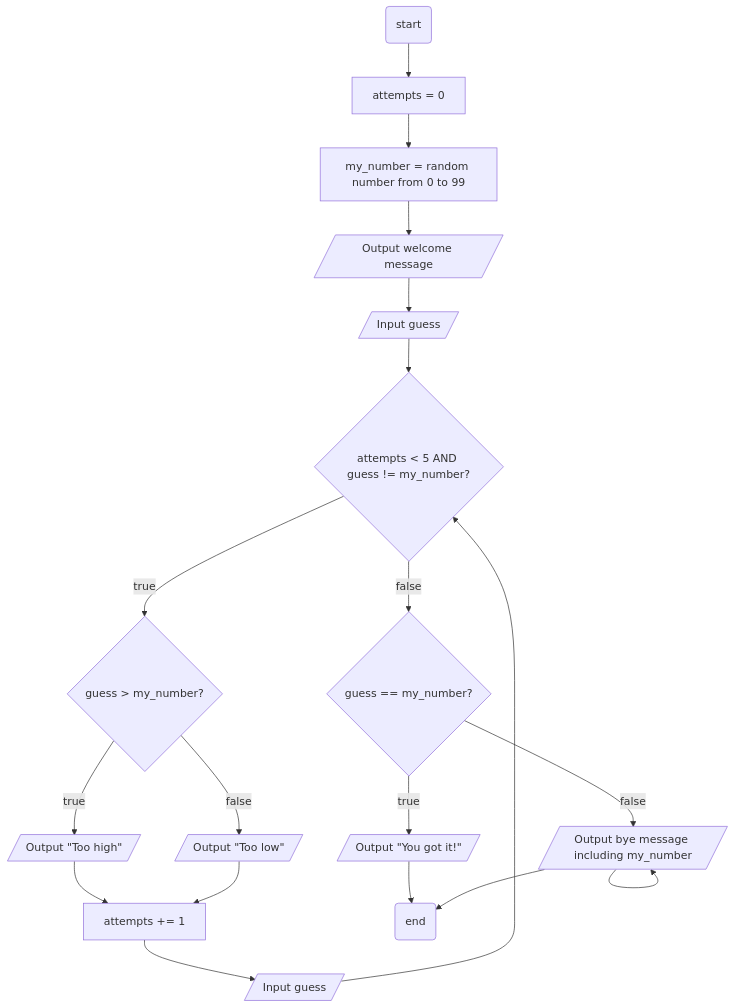
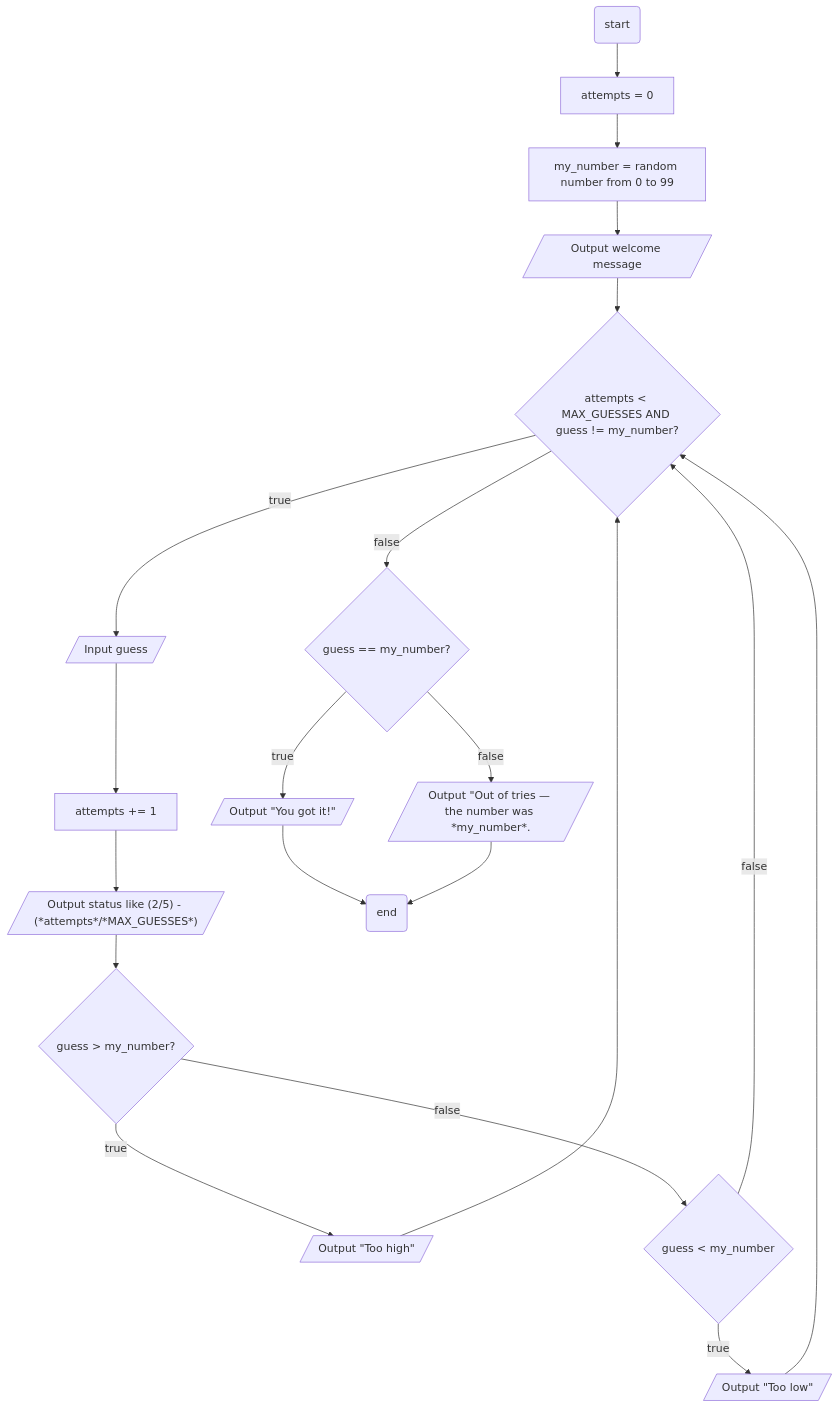
One commit to geko-crooms/programming-concepts-test changed the fourth of 4 diagrams in README.md. Above: the diagram before and after it, drawn with Mermaid.

Commit message:
Revise game flowchart in README.md
Updated flowchart to include MAX_GUESSES and output status during attempts.

````diff
--- a/README.md
+++ b/README.md
@@ -68,8 +68,9 @@
 ```mermaid
 flowchart TD
-    _(start) --> init[attempts = 0] --> init2[my_number = random number from 0 to 99] --> begin_msg[/Output welcome message/] --> input_pre[/Input guess/] --> check{attempts < 5 AND guess != my_number?} -- true --> gt_or_lt{guess > my_number?} -- true --> ogt[/Output "Too high"/] --> add_attempts[attempts += 1] --> input_post[/Input guess/] --> check
-    check -- false --> check2{guess == my_number?} -- true --> oc[/Output "You got it!"/] --> __(end)
-    gt_or_lt -- false --> olt[/Output "Too low"/] --> add_attempts
+_(start) --> init[attempts = 0] --> init2[my_number = random number from 0 to 99] --> begin_msg[/Output welcome message/] --> check{attempts < MAX_GUESSES AND guess != my_number?} -- true --> input_pre[/Input guess/] --> add_attempts[attempts += 1] --> status[/"Output status like (2/5) - (*attempts*/*MAX_GUESSES*)"/]--> gt{guess > my_number?} -- true --> ogt[/Output "Too high"/]  --> check
+check -- false --> check2{guess == my_number?} -- true --> oc[/Output "You got it!"/] --> __(end)
+gt -- false --> lt{guess < my_number} -- true --> olt[/Output "Too low"/] --> check
+lt -- false --> check
+check2 -- false --> X[/Output "Out of tries — the number was *my_number*. /] -->__(end)
 
-    check2 -- false --> X[/Output "Out of tries — the number was "/] --> X[/Output bye message including my_number/] -->__(end)
 ```
````
